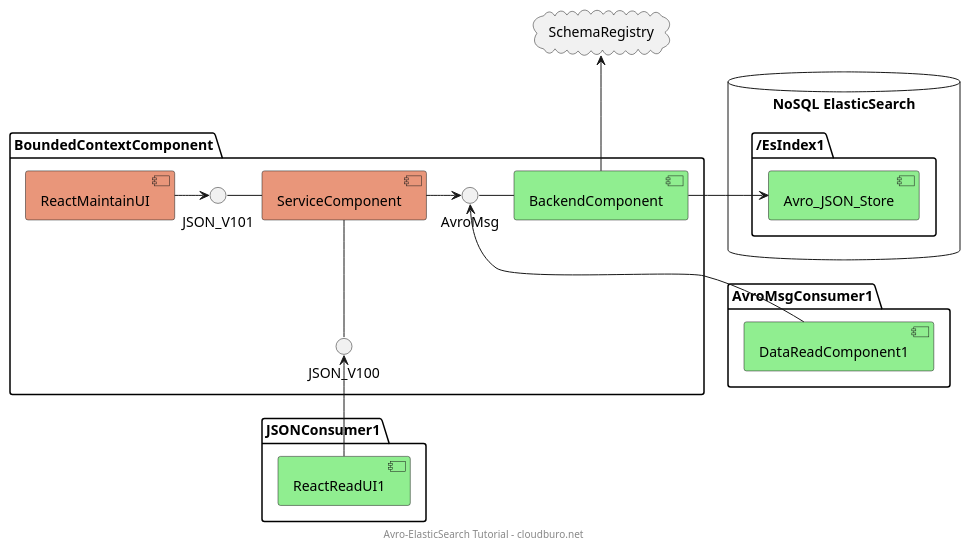
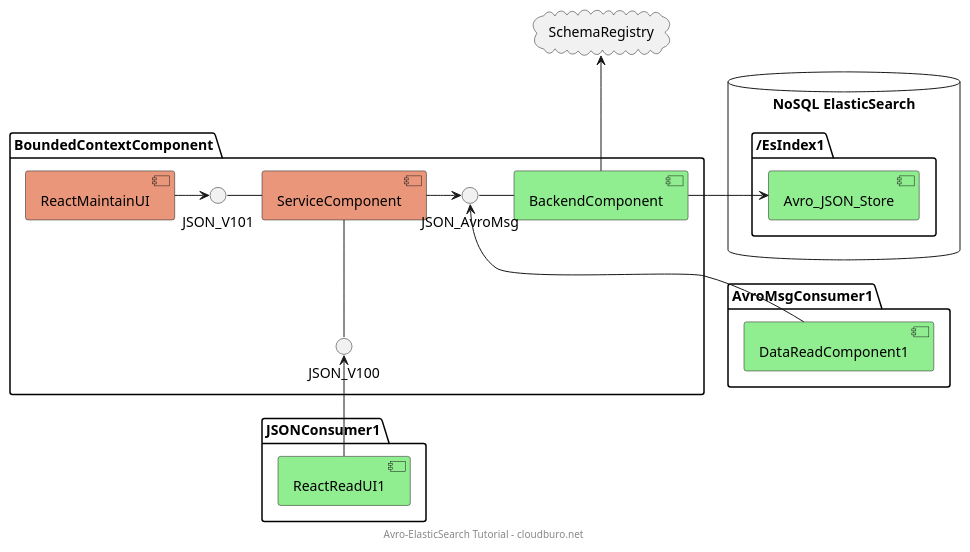
One commit to talfco/tutorial-apache-avro changed the diagram in plantUML/versioningSample-4.puml. Above: the diagram before and after it, drawn with PlantUML. The commit also changed 3 other files, not shown here.

```diff
--- a/plantUML/versioningSample-4.puml
+++ b/plantUML/versioningSample-4.puml
@@ -1,44 +1,44 @@
 @startuml
 
 footer "Avro-ElasticSearch Tutorial - cloudburo.net"
 
 database "NoSQL ElasticSearch" {
     folder /EsIndex1  {
     [Avro_JSON_Store]
     }
 }
 
 cloud "SchemaRegistry" {
 }
 
 package "BoundedContextComponent" {
 component Avro_JSON_Store #LightGreen
 component ReactMaintainUI #DarkSalmon
 component BackendComponent #LightGreen
 component ServiceComponent #DarkSalmon
 JSON_V100 -up- [ServiceComponent]
 JSON_V101 - [ServiceComponent]
 [ReactMaintainUI] -> JSON_V101
 
-AvroMsg - [BackendComponent]
-[ServiceComponent] -> AvroMsg
+JSON_AvroMsg - [BackendComponent]
+[ServiceComponent] -> JSON_AvroMsg
 [BackendComponent] -> Avro_JSON_Store
 [BackendComponent] -up-> SchemaRegistry
 }
 
 package "JSONConsumer1" {
 component ReactReadUI1 #LightGreen
 [ReactReadUI1] -up-> JSON_V100
 }
 
 package "AvroMsgConsumer1" {
 component DataReadComponent1 #LightGreen
-[DataReadComponent1] -up-> AvroMsg
+[DataReadComponent1] -up-> JSON_AvroMsg
 }
 
 
 
 
 
 
 @enduml
```
